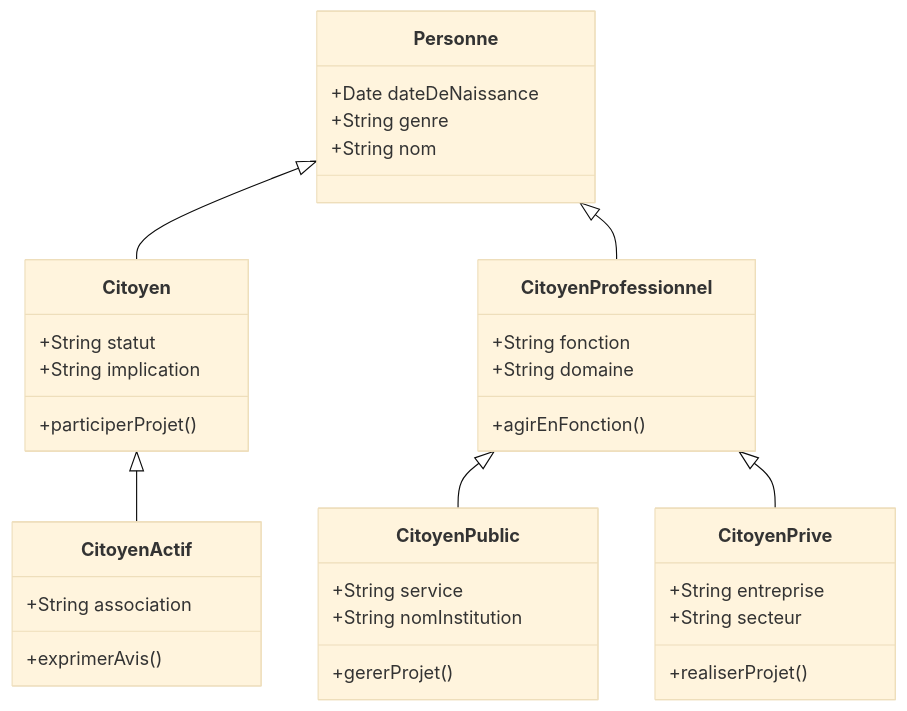
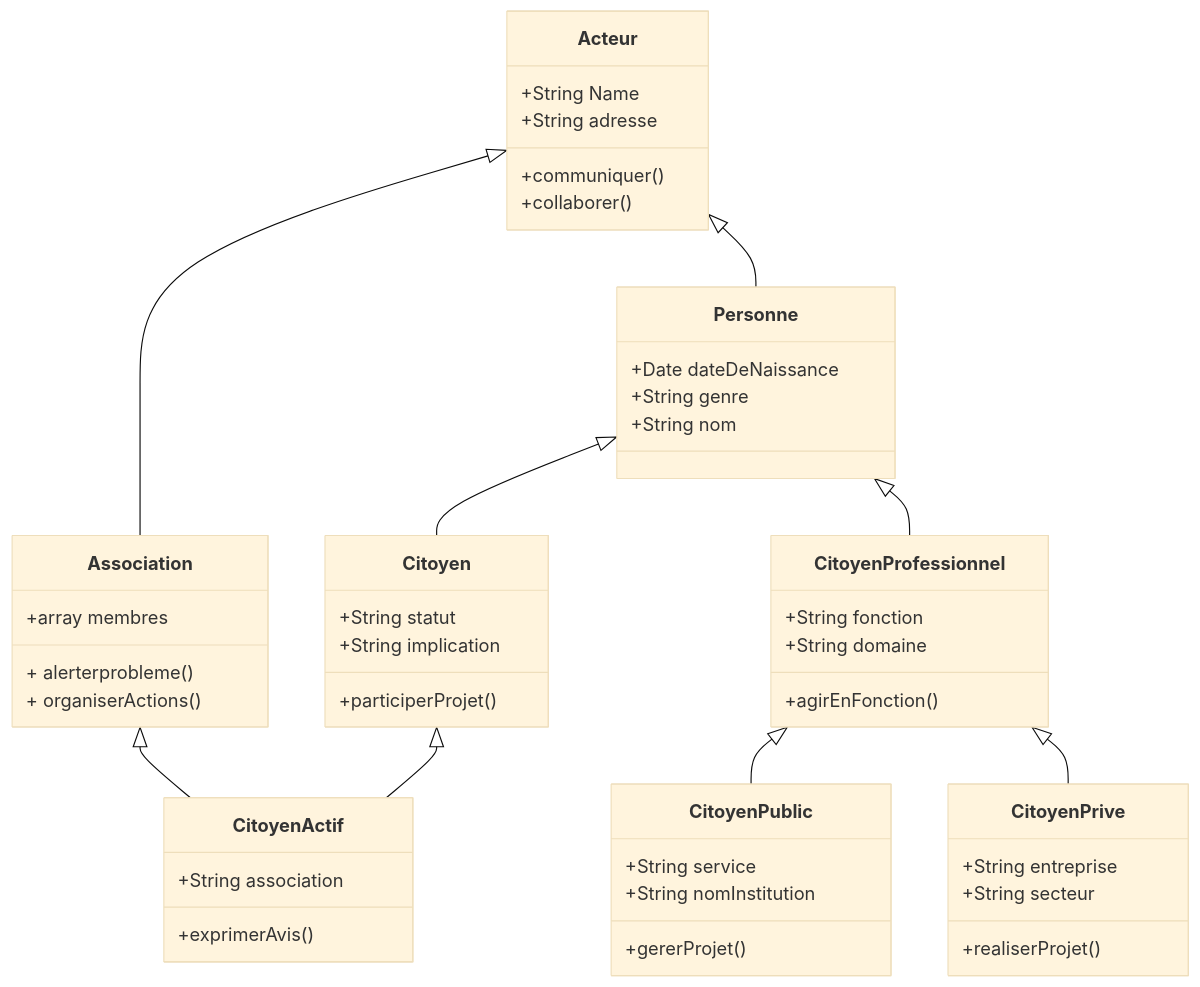
Before and after one commit to kahiarchi/plaine---saint--Denis---batiment-: the diagram in acteurskahiachi3.md, drawn with Mermaid (base theme).

````diff
--- a/acteurskahiachi3.md
+++ b/acteurskahiachi3.md
@@ -1,43 +1,57 @@
 ```mermaid
 classDiagram
+     Acteur <|-- Personne
+   Acteur <|-- Association
     Personne <|-- Citoyen
+     Association <|-- CitoyenActif
     Citoyen <|-- CitoyenActif
     Personne <|-- CitoyenProfessionnel
     CitoyenProfessionnel <|-- CitoyenPublic
     CitoyenProfessionnel <|-- CitoyenPrive
 
+
+    Acteur : +String Name
+    Acteur : +String adresse
+    Acteur: +communiquer()
+    Acteur: +collaborer()
   class Personne {
      +Date   dateDeNaissance
      +String genre
      +String nom
   }
 
   class Citoyen {
      +String statut 
      +String implication
      +participerProjet()
   }
 
+   class Association{
+
+    +array membres 
+    + alerterprobleme()
+    + organiserActions()
+    }
   class CitoyenActif {
      +String association
      +exprimerAvis()
   }
 
   class CitoyenProfessionnel {
      +String fonction
      +String domaine
      +agirEnFonction()
   }
 
   class CitoyenPublic {
      +String service
      +String nomInstitution
      +gererProjet()
   }
 
   class CitoyenPrive {
      +String entreprise
      +String secteur
      +realiserProjet()
   }
 ```
````
